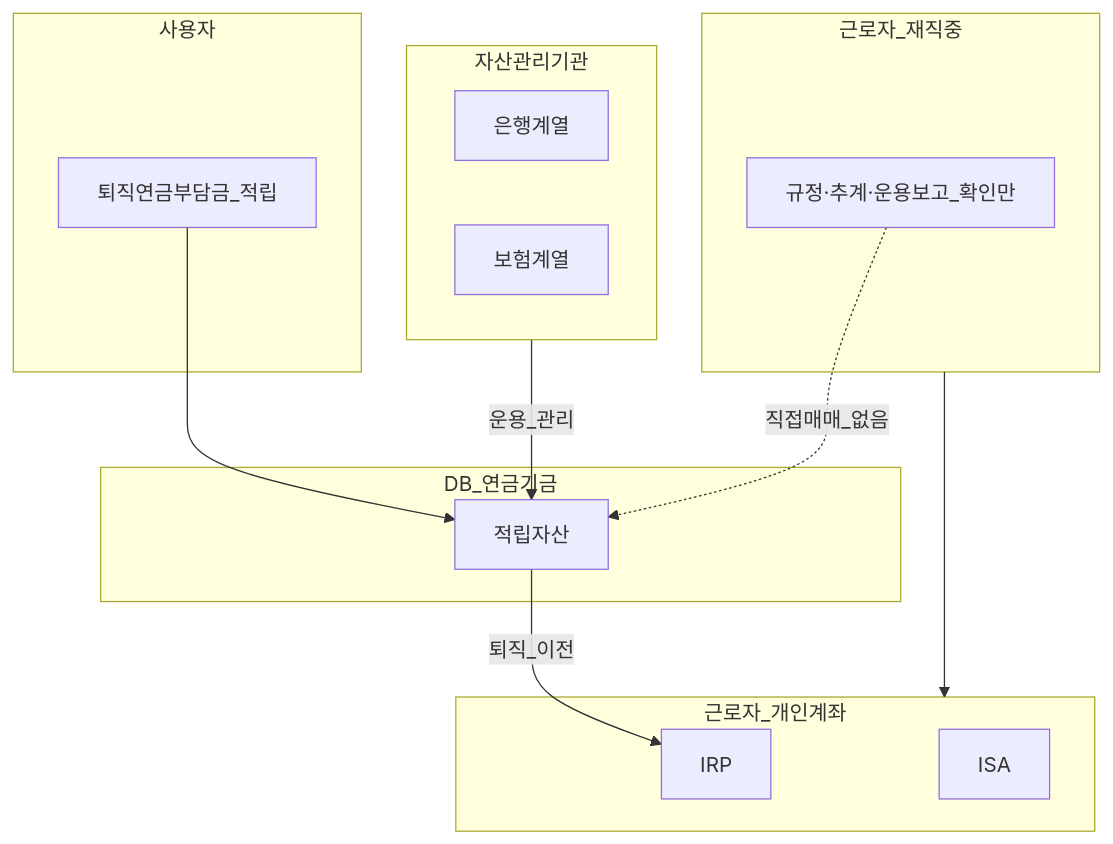
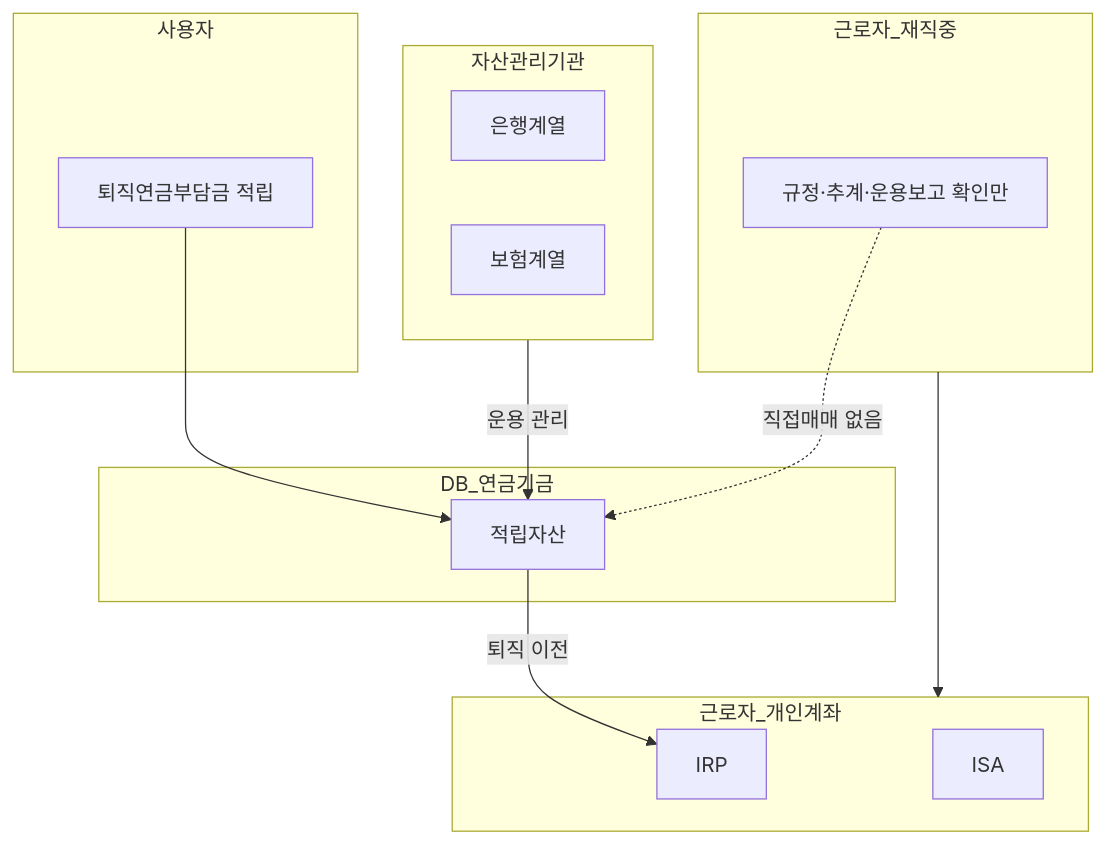
Before and after one commit to goldanghenry/Finances: the diagram in 06-korea-policy/db-pension.md, drawn with Mermaid. The commit also changed other lines of this file and 211 other files, not shown here.

````diff
--- a/06-korea-policy/db-pension.md
+++ b/06-korea-policy/db-pension.md
@@ -97,25 +106,25 @@
 ```mermaid
 flowchart TB
   subgraph employer [사용자]
-    Co[퇴직연금부담금_적립]
+    Co["퇴직연금부담금 적립"]
   end
   subgraph db_pool [DB_연금기금]
     Fund[적립자산]
   end
   subgraph am [자산관리기관]
     Bank[은행계열]
     Ins[보험계열]
   end
   subgraph worker [근로자_재직중]
-    Monitor[규정·추계·운용보고_확인만]
+    Monitor["규정·추계·운용보고 확인만"]
   end
   subgraph personal [근로자_개인계좌]
     IRP[IRP]
     ISA[ISA]
   end
   Co --> Fund
-  am -->|운용_관리| Fund
-  Monitor -.->|직접매매_없음| Fund
-  Fund -->|퇴직_이전| IRP
+  am -->|"운용 관리"| Fund
+  Monitor -.->|"직접매매 없음"| Fund
+  Fund -->|"퇴직 이전"| IRP
   worker --> personal
 ```
````
